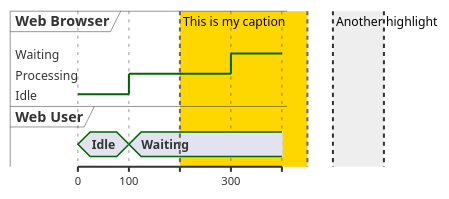
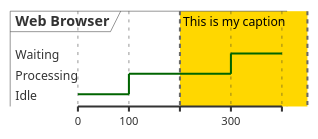
One commit to studykit/studykit-marketplace changed the tenth of 13 diagrams in plugins/plantuml/skills/timing-diagram/SKILL.md. Above: the diagram before and after it, drawn with PlantUML. The commit also changed other lines of this file and 9 other files, not shown here.

First line of the commit message:
refactor: trim PlantUML skill SKILL.md files and extract advanced references

````diff
--- a/plugins/plantuml/skills/timing-diagram/SKILL.md
+++ b/plugins/plantuml/skills/timing-diagram/SKILL.md
@@ -586,20 +230,16 @@
 ```plantuml
 @startuml
 robust "Web Browser" as WB
-concise "Web User" as WU
 
 @0
-WU is Idle
 WB is Idle
 
 @100
-WU is Waiting
 WB is Processing
 
 @300
 WB is Waiting
 
 highlight 200 to 450 #Gold;line:DimGrey : This is my caption
-highlight 500 to 600 : Another highlight
 @enduml
 ```
````
